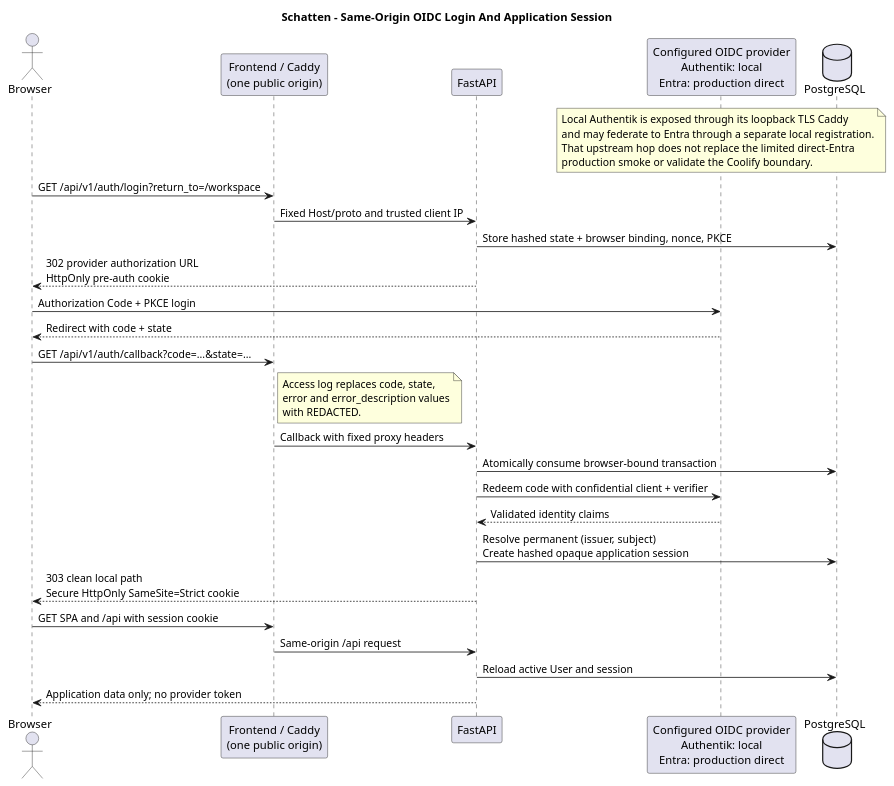
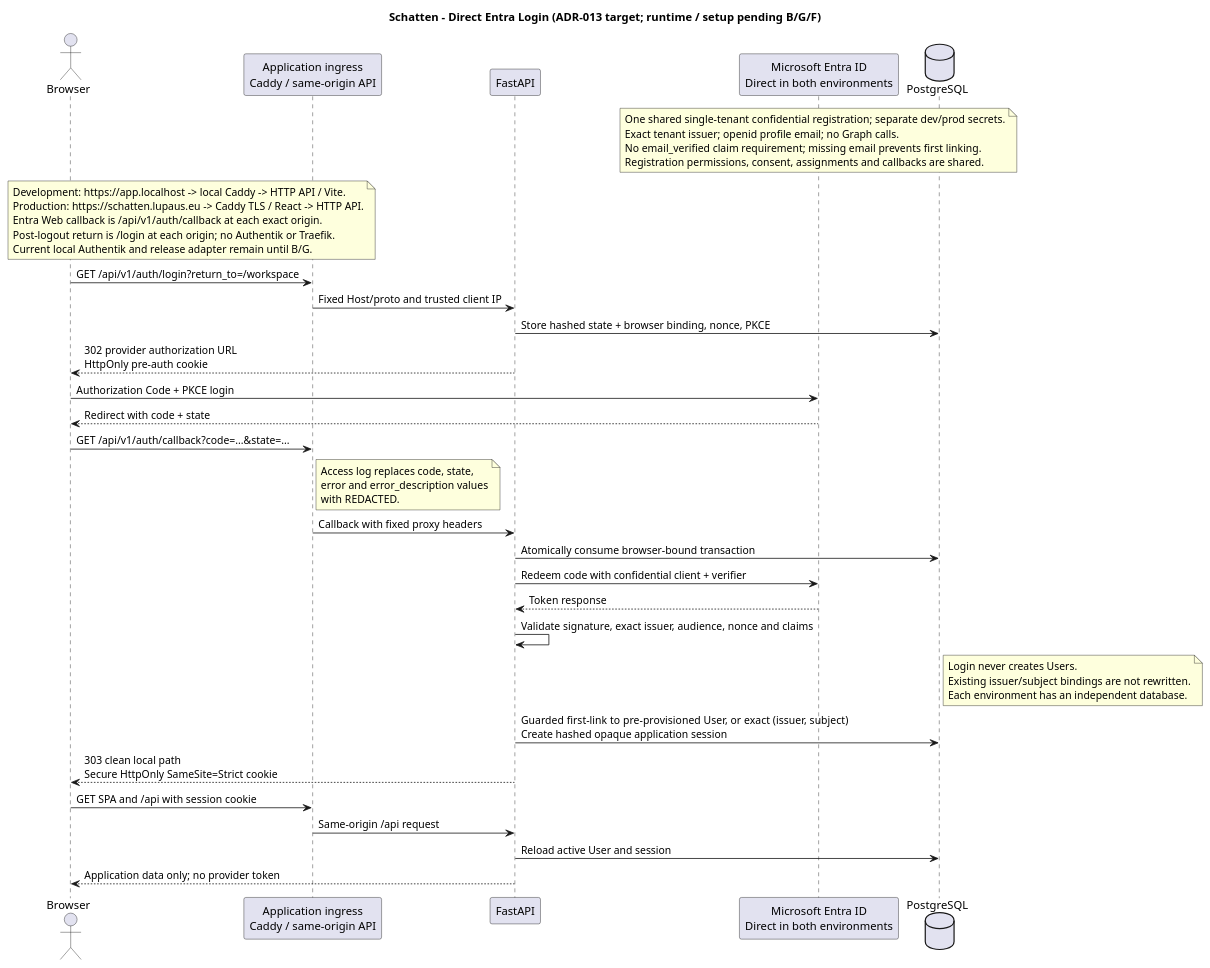
Before and after one commit to lupaus-eu/shadow: the diagram in docs/diagrams/sequence-oidc-login.puml, drawn with PlantUML. The commit also changed 26 other files, not shown here.

First line of the commit message:
docs(deployment): shared entra local https architecture (#81)

```diff
--- a/docs/diagrams/sequence-oidc-login.puml
+++ b/docs/diagrams/sequence-oidc-login.puml
@@ -1,40 +1,54 @@
 @startuml
-title Schatten - Same-Origin OIDC Login And Application Session
+title Schatten - Direct Entra Login (ADR-013 target; runtime / setup pending B/G/F)
 
 actor Browser
-participant "Frontend / Caddy\n(one public origin)" as Caddy
+participant "Application ingress\nCaddy / same-origin API" as Caddy
 participant "FastAPI" as API
-participant "Configured OIDC provider\nAuthentik: local\nEntra: production direct" as Provider
+participant "Microsoft Entra ID\nDirect in both environments" as Provider
 database PostgreSQL as DB
 
 note over Provider
-  Local Authentik is exposed through its loopback TLS Caddy
-  and may federate to Entra through a separate local registration.
-  That upstream hop does not replace the limited direct-Entra
-  production smoke or validate the Coolify boundary.
+  One shared single-tenant confidential registration; separate dev/prod secrets.
+  Exact tenant issuer; openid profile email; no Graph calls.
+  No email_verified claim requirement; missing email prevents first linking.
+  Registration permissions, consent, assignments and callbacks are shared.
+end note
+
+note over Browser, Caddy
+  Development: https://app.localhost -> local Caddy -> HTTP API / Vite.
+  Production: https://schatten.lupaus.eu -> Caddy TLS / React -> HTTP API.
+  Entra Web callback is /api/v1/auth/callback at each exact origin.
+  Post-logout return is /login at each origin; no Authentik or Traefik.
+  Current local Authentik and release adapter remain until B/G.
 end note
 
 Browser -> Caddy : GET /api/v1/auth/login?return_to=/workspace
 Caddy -> API : Fixed Host/proto and trusted client IP
 API -> DB : Store hashed state + browser binding, nonce, PKCE
 API --> Browser : 302 provider authorization URL\nHttpOnly pre-auth cookie
 Browser -> Provider : Authorization Code + PKCE login
 Provider --> Browser : Redirect with code + state
 Browser -> Caddy : GET /api/v1/auth/callback?code=...&state=...
 note right of Caddy
   Access log replaces code, state,
   error and error_description values
   with REDACTED.
 end note
 Caddy -> API : Callback with fixed proxy headers
 API -> DB : Atomically consume browser-bound transaction
 API -> Provider : Redeem code with confidential client + verifier
-Provider --> API : Validated identity claims
-API -> DB : Resolve permanent (issuer, subject)\nCreate hashed opaque application session
+Provider --> API : Token response
+API -> API : Validate signature, exact issuer, audience, nonce and claims
+note right of DB
+  Login never creates Users.
+  Existing issuer/subject bindings are not rewritten.
+  Each environment has an independent database.
+end note
+API -> DB : Guarded first-link to pre-provisioned User, or exact (issuer, subject)\nCreate hashed opaque application session
 API --> Browser : 303 clean local path\nSecure HttpOnly SameSite=Strict cookie
 Browser -> Caddy : GET SPA and /api with session cookie
 Caddy -> API : Same-origin /api request
 API -> DB : Reload active User and session
 API --> Browser : Application data only; no provider token
 
 @enduml
```
